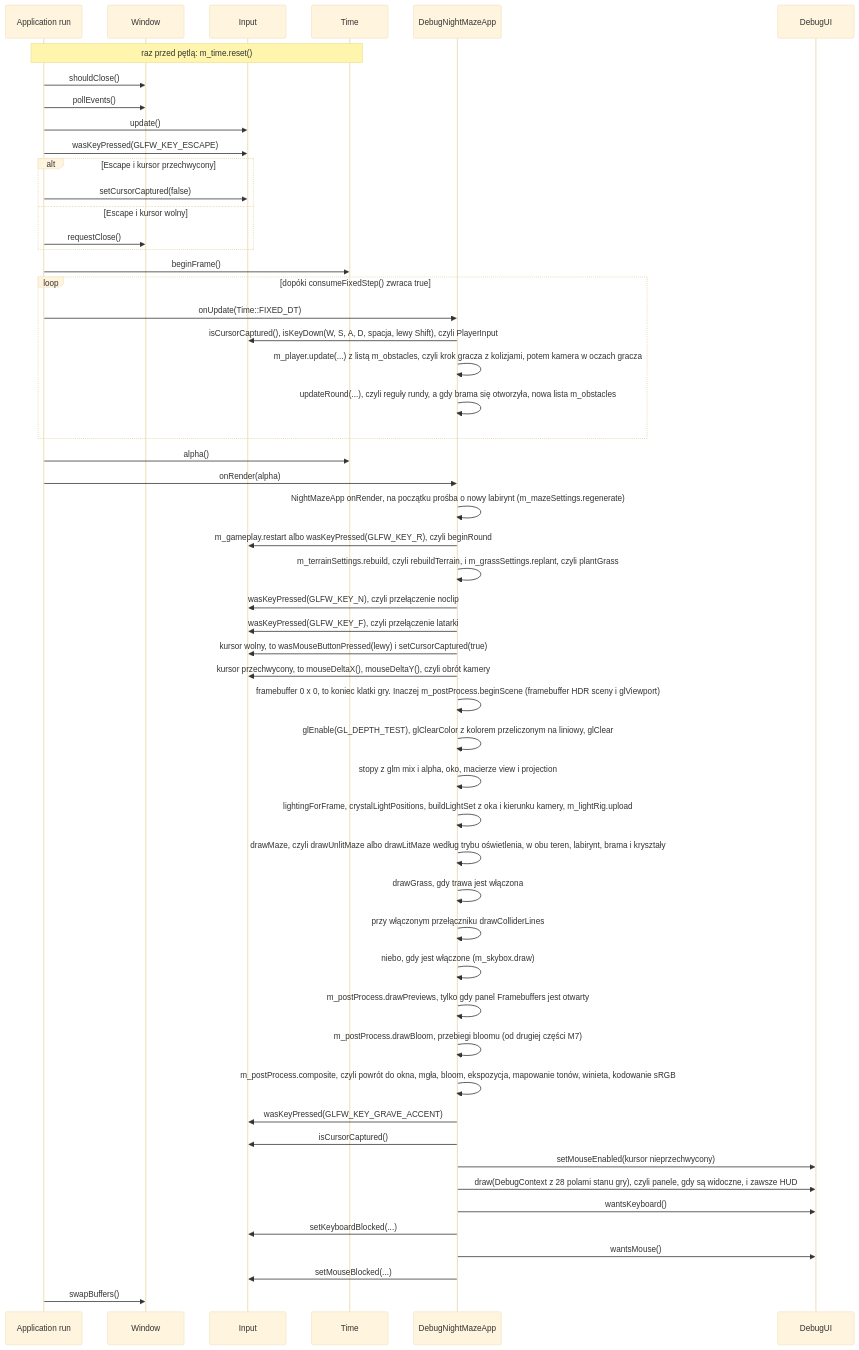
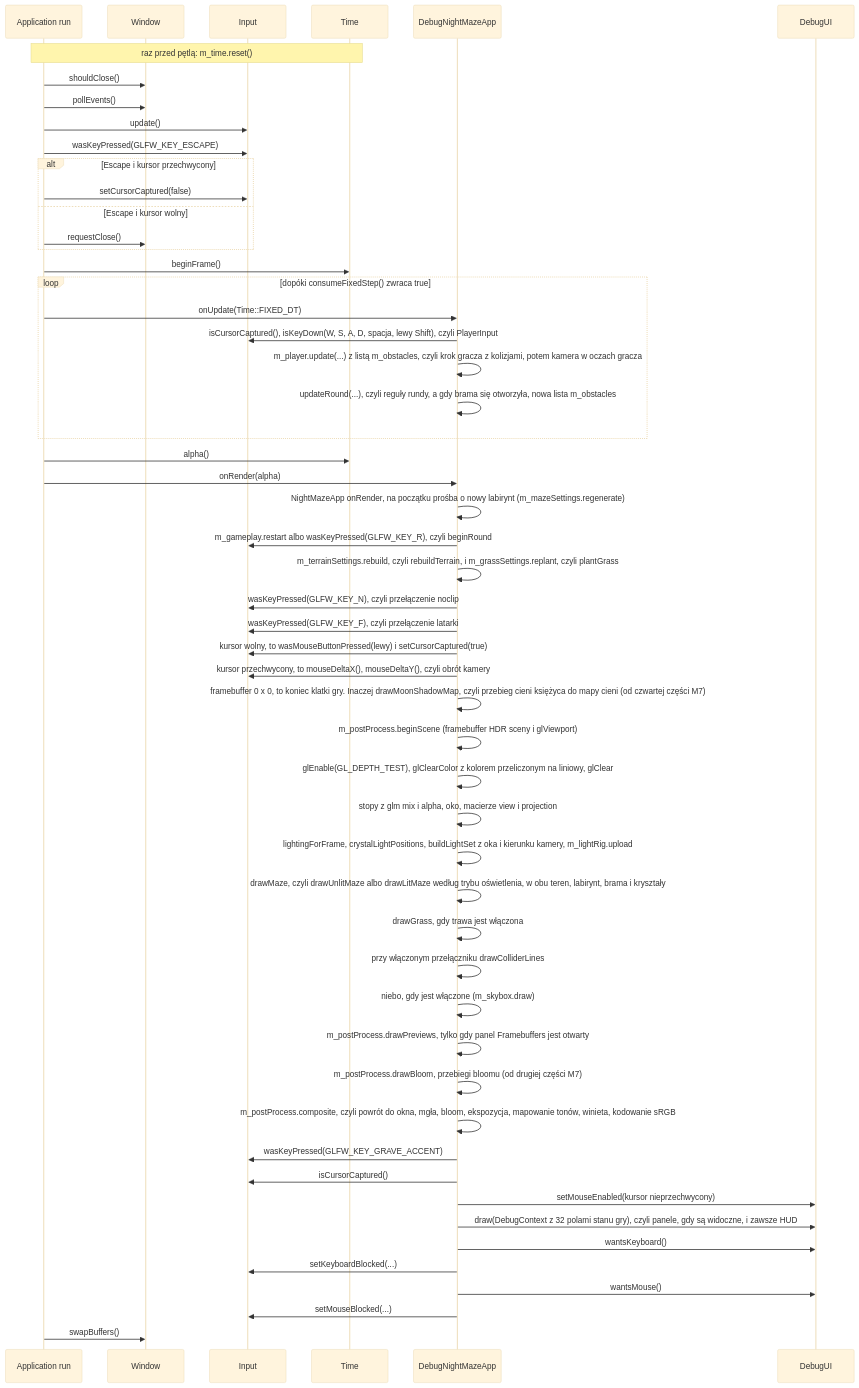
The second of 3 diagrams in docs/modules/core/README.md (Shironex/night-maze), drawn with Mermaid (base theme) before and after one commit. The commit also changed other lines of this file and 90 other files, not shown here.

Commit message:
feat(game): cast moon shadows with a shadow map, pcf and bias

````diff
--- a/docs/modules/core/README.md
+++ b/docs/modules/core/README.md
@@ -83,55 +83,56 @@
 ```mermaid
 sequenceDiagram
     participant Run as Application run
     participant Win as Window
     participant In as Input
     participant T as Time
     participant App as DebugNightMazeApp
     participant UI as DebugUI
     Note over Run,T: raz przed pętlą: m_time.reset()
     Run->>Win: shouldClose()
     Run->>Win: pollEvents()
     Run->>In: update()
     Run->>In: wasKeyPressed(GLFW_KEY_ESCAPE)
     alt Escape i kursor przechwycony
         Run->>In: setCursorCaptured(false)
     else Escape i kursor wolny
         Run->>Win: requestClose()
     end
     Run->>T: beginFrame()
     loop dopóki consumeFixedStep() zwraca true
         Run->>App: onUpdate(Time::FIXED_DT)
         App->>In: isCursorCaptured(), isKeyDown(W, S, A, D, spacja, lewy Shift), czyli PlayerInput
         App->>App: m_player.update(...) z listą m_obstacles, czyli krok gracza z kolizjami, potem kamera w oczach gracza
         App->>App: updateRound(...), czyli reguły rundy, a gdy brama się otworzyła, nowa lista m_obstacles
     end
     Run->>T: alpha()
     Run->>App: onRender(alpha)
     App->>App: NightMazeApp onRender, na początku prośba o nowy labirynt (m_mazeSettings.regenerate)
     App->>In: m_gameplay.restart albo wasKeyPressed(GLFW_KEY_R), czyli beginRound
     App->>App: m_terrainSettings.rebuild, czyli rebuildTerrain, i m_grassSettings.replant, czyli plantGrass
     App->>In: wasKeyPressed(GLFW_KEY_N), czyli przełączenie noclip
     App->>In: wasKeyPressed(GLFW_KEY_F), czyli przełączenie latarki
     App->>In: kursor wolny, to wasMouseButtonPressed(lewy) i setCursorCaptured(true)
     App->>In: kursor przechwycony, to mouseDeltaX(), mouseDeltaY(), czyli obrót kamery
-    App->>App: framebuffer 0 x 0, to koniec klatki gry. Inaczej m_postProcess.beginScene (framebuffer HDR sceny i glViewport)
+    App->>App: framebuffer 0 x 0, to koniec klatki gry. Inaczej drawMoonShadowMap, czyli przebieg cieni księżyca do mapy cieni (od czwartej części M7)
+    App->>App: m_postProcess.beginScene (framebuffer HDR sceny i glViewport)
     App->>App: glEnable(GL_DEPTH_TEST), glClearColor z kolorem przeliczonym na liniowy, glClear
     App->>App: stopy z glm mix i alpha, oko, macierze view i projection
     App->>App: lightingForFrame, crystalLightPositions, buildLightSet z oka i kierunku kamery, m_lightRig.upload
     App->>App: drawMaze, czyli drawUnlitMaze albo drawLitMaze według trybu oświetlenia, w obu teren, labirynt, brama i kryształy
     App->>App: drawGrass, gdy trawa jest włączona
     App->>App: przy włączonym przełączniku drawColliderLines
     App->>App: niebo, gdy jest włączone (m_skybox.draw)
     App->>App: m_postProcess.drawPreviews, tylko gdy panel Framebuffers jest otwarty
     App->>App: m_postProcess.drawBloom, przebiegi bloomu (od drugiej części M7)
     App->>App: m_postProcess.composite, czyli powrót do okna, mgła, bloom, ekspozycja, mapowanie tonów, winieta, kodowanie sRGB
     App->>In: wasKeyPressed(GLFW_KEY_GRAVE_ACCENT)
     App->>In: isCursorCaptured()
     App->>UI: setMouseEnabled(kursor nieprzechwycony)
-    App->>UI: draw(DebugContext z 28 polami stanu gry), czyli panele, gdy są widoczne, i zawsze HUD
+    App->>UI: draw(DebugContext z 32 polami stanu gry), czyli panele, gdy są widoczne, i zawsze HUD
     App->>UI: wantsKeyboard()
     App->>In: setKeyboardBlocked(...)
     App->>UI: wantsMouse()
     App->>In: setMouseBlocked(...)
     Run->>Win: swapBuffers()
 ```
````
